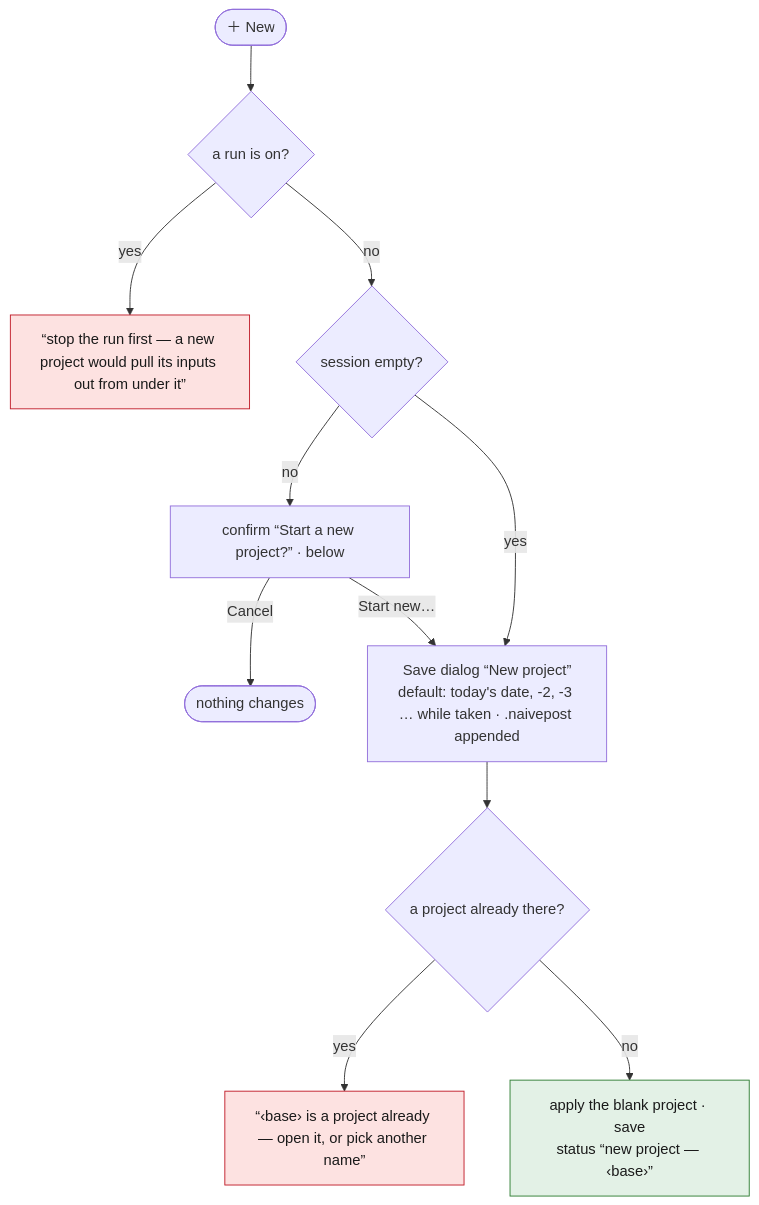
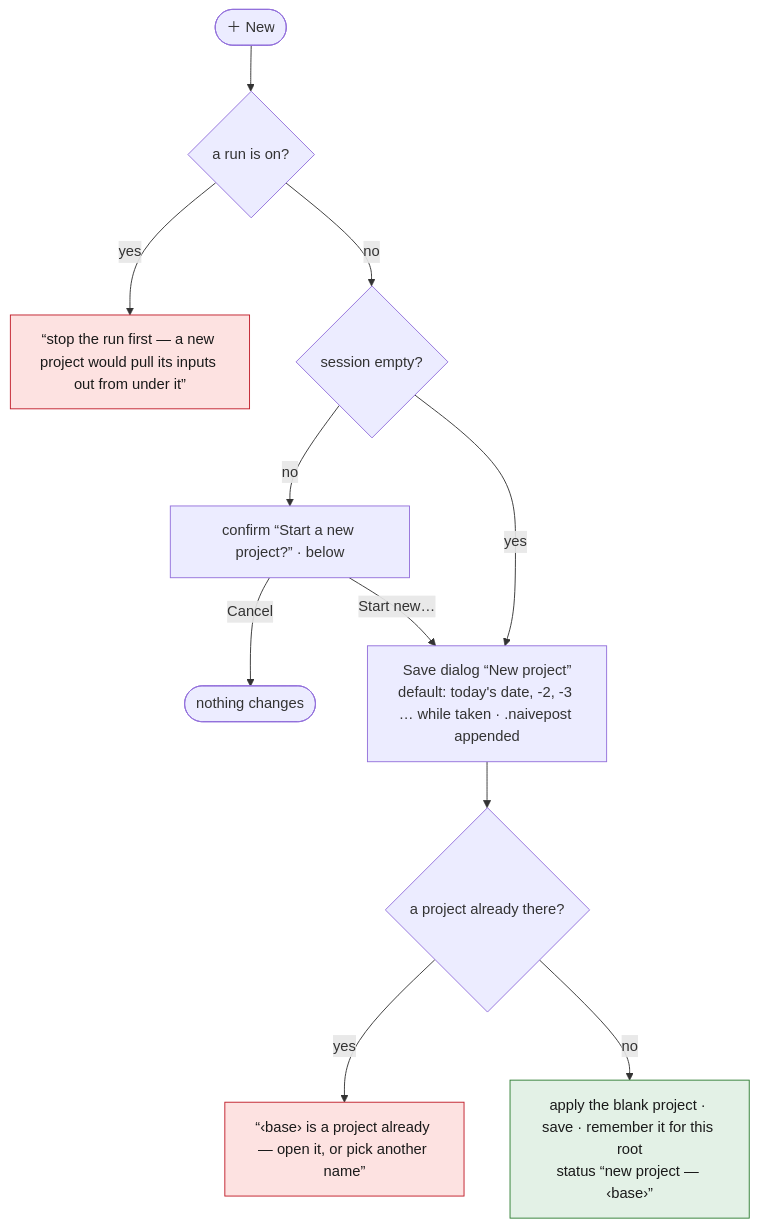
One commit to tbocek/naivepost changed the seventh of 12 diagrams in spec/03-shell.md. Above: the diagram before and after it, drawn with Mermaid. The commit also changed other lines of this file and 19 other files, not shown here.

````diff
--- a/spec/03-shell.md
+++ b/spec/03-shell.md
@@ -166,15 +166,15 @@
 ```mermaid
 flowchart TD
   A(["＋ New"]) --> B{"a run is on?"}
   B -- yes --> R1["“stop the run first — a new project would pull its inputs out from under it”"]:::refuse
   B -- no --> C{"session empty?"}
   C -- no --> D["confirm “Start a new project?” · below"]
   D -- Cancel --> X(["nothing changes"])
   D -- Start new… --> E
   C -- yes --> E["Save dialog “New project”<br/>default: today's date, -2, -3 … while taken · .naivepost appended"]
   E --> F{"a project already there?"}
   F -- yes --> R2["“‹base› is a project already — open it, or pick another name”"]:::refuse
-  F -- no --> G["apply the blank project · save<br/>status “new project — ‹base›”"]:::done
+  F -- no --> G["apply the blank project · save · remember it for this root<br/>status “new project — ‹base›”"]:::done
   classDef refuse fill:#fde2e1,stroke:#c01c28,color:#1a1a1a
   classDef done fill:#e3f1e6,stroke:#2e7d32,color:#1a1a1a
 ```
````
